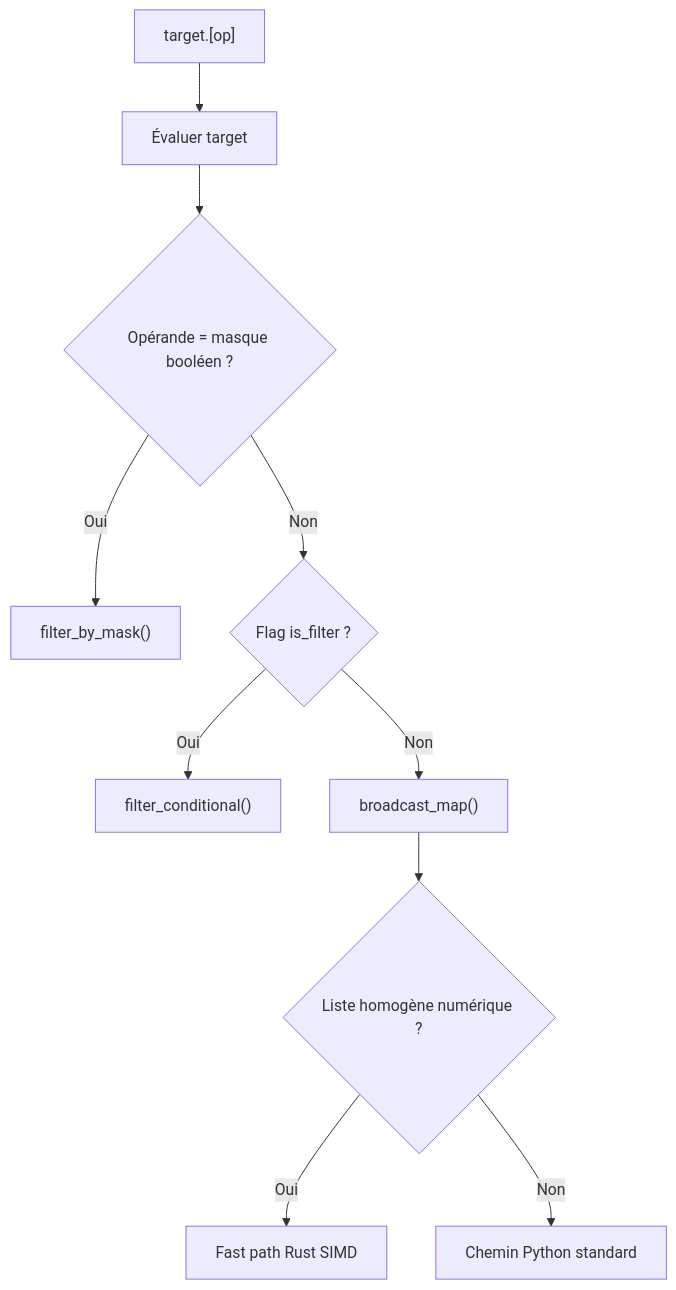
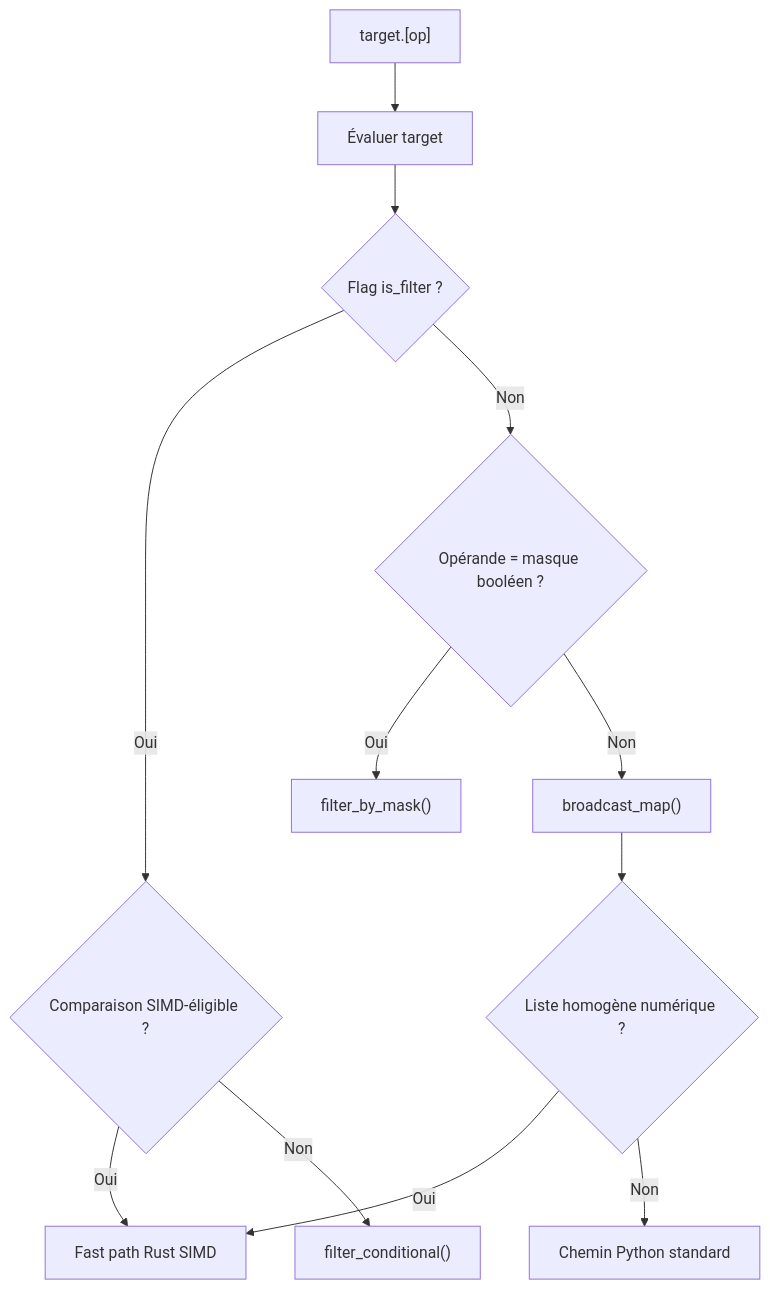
The diagram in docs/lang/BROADCAST_RUNTIME.md (aristofor/catnip), drawn with Mermaid before and after one commit. The commit also changed other lines of this file and 406 other files, not shown here.

````diff
--- a/docs/lang/BROADCAST_RUNTIME.md
+++ b/docs/lang/BROADCAST_RUNTIME.md
@@ -10,13 +10,15 @@
 ```mermaid
 flowchart TD
     BC["target.[op]"] --> EVAL["Évaluer target"]
-    EVAL --> MASK{"Opérande = masque booléen ?"}
+    EVAL --> FILT{"Flag is_filter ?"}
+    FILT -->|Oui| SIMD_F{"Comparaison SIMD-éligible ?"}
+    SIMD_F -->|Oui| SIMD["Fast path Rust SIMD"]
+    SIMD_F -->|Non| FILTER_COND["filter_conditional()"]
+    FILT -->|Non| MASK{"Opérande = masque booléen ?"}
     MASK -->|Oui| FILTER_MASK["filter_by_mask()"]
-    MASK -->|Non| FILT{"Flag is_filter ?"}
-    FILT -->|Oui| FILTER_COND["filter_conditional()"]
-    FILT -->|Non| MAP["broadcast_map()"]
+    MASK -->|Non| MAP["broadcast_map()"]
 
     MAP --> HOMO{"Liste homogène numérique ?"}
-    HOMO -->|Oui| SIMD["Fast path Rust SIMD"]
+    HOMO -->|Oui| SIMD
     HOMO -->|Non| PY["Chemin Python standard"]
 ```
````
